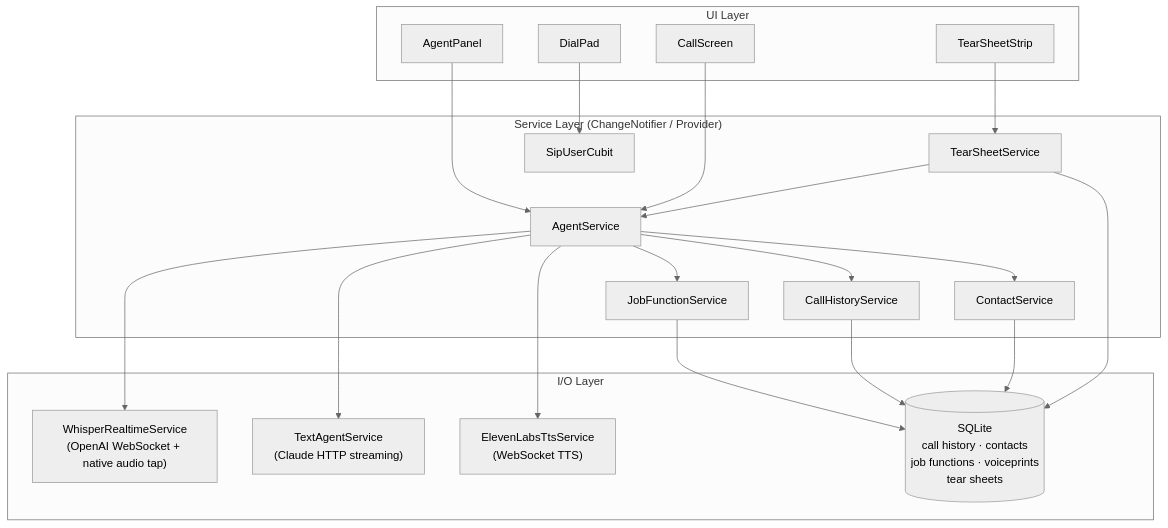
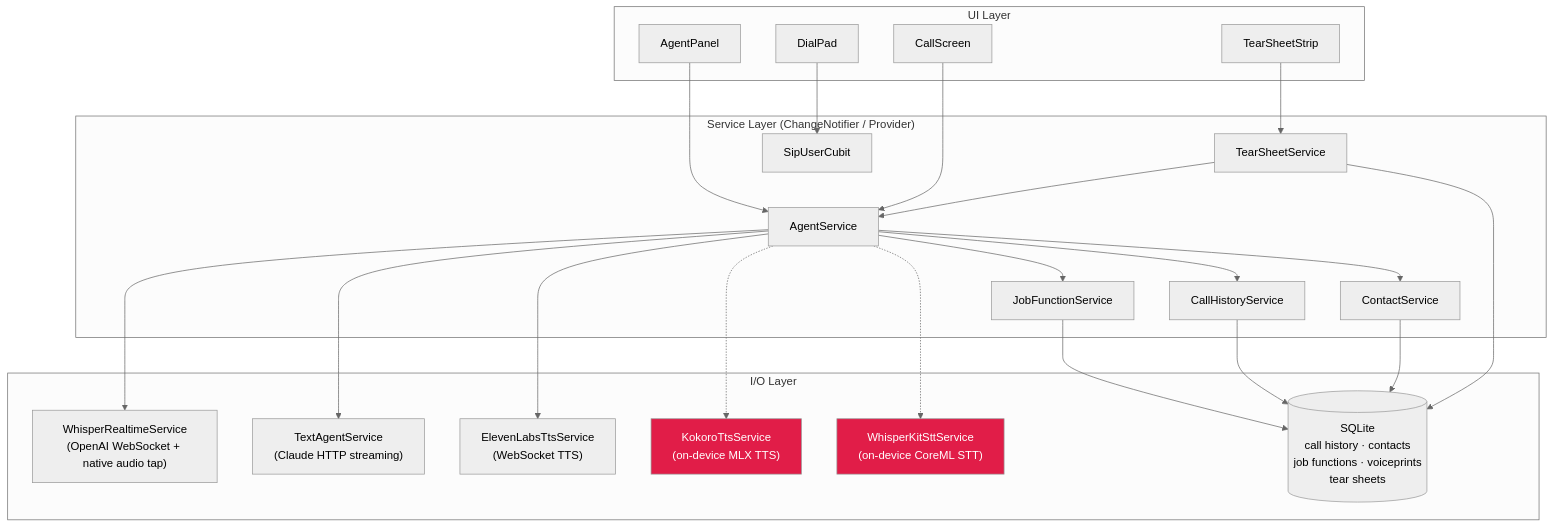
One commit to zeropointnine/phonegentic changed the fourth of 5 diagrams in README.md. Above: the diagram before and after it, drawn with Mermaid. The commit also changed other lines of this file and 20 other files, not shown here.

````diff
--- a/README.md
+++ b/README.md
@@ -98,44 +125,51 @@
 ```mermaid
 %%{init: {'theme': 'neutral'}}%%
 flowchart TB
   subgraph UI["UI Layer"]
     DP["DialPad"]
     AP["AgentPanel"]
     CS["CallScreen"]
     TS["TearSheetStrip"]
   end
 
   subgraph Services["Service Layer (ChangeNotifier / Provider)"]
     AS["AgentService"]
     JFS["JobFunctionService"]
     CHS["CallHistoryService"]
     ConS["ContactService"]
     TSS["TearSheetService"]
     SIP["SipUserCubit"]
   end
 
   subgraph IO["I/O Layer"]
     WR["WhisperRealtimeService\n(OpenAI WebSocket + native audio tap)"]
     TAS["TextAgentService\n(Claude HTTP streaming)"]
     EL["ElevenLabsTtsService\n(WebSocket TTS)"]
+    KO["KokoroTtsService\n(on-device MLX TTS)"]
+    WK["WhisperKitSttService\n(on-device CoreML STT)"]
     DB[(SQLite\ncall history · contacts\njob functions · voiceprints\ntear sheets)]
   end
 
   DP --> SIP
   AP --> AS
   CS --> AS
   TS --> TSS
 
   AS --> WR
   AS --> TAS
   AS --> EL
+  AS -.-> KO
+  AS -.-> WK
   AS --> JFS
   AS --> CHS
   AS --> ConS
   TSS --> AS
 
   JFS --> DB
   CHS --> DB
   ConS --> DB
   TSS --> DB
+
+  style KO fill:#e11d48,color:#fff
+  style WK fill:#e11d48,color:#fff
 ```
````
